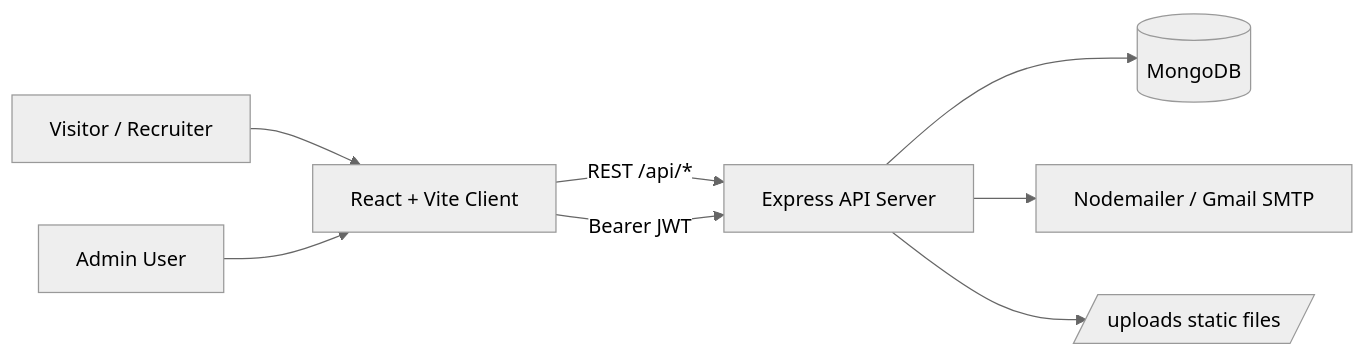
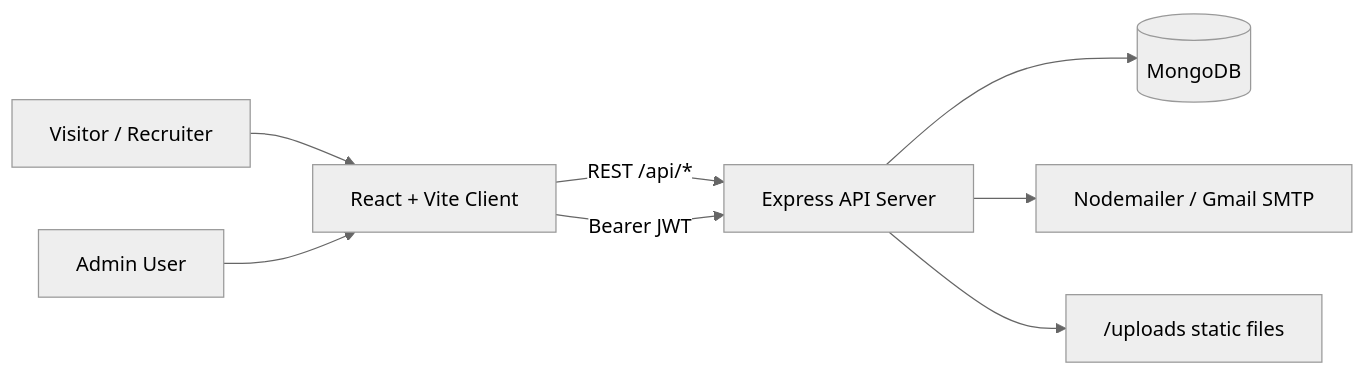
The diagram in README.md (imsumit28/portfolio-website), drawn with Mermaid (neutral theme) before and after one commit. The commit also changed 1 other file, not shown here.

Commit message:
Fix Mermaid node labels for GitHub rendering

````diff
--- a/README.md
+++ b/README.md
@@ -17,10 +17,10 @@
 ```mermaid
 flowchart LR
   U[Visitor / Recruiter] --> C[React + Vite Client]
   C -->|REST /api/*| S[Express API Server]
   S --> M[(MongoDB)]
   S --> E[Nodemailer / Gmail SMTP]
   A[Admin User] --> C
   C -->|Bearer JWT| S
-  S --> F[/uploads static files/]
+  S --> F["/uploads static files"]
 ```
````
